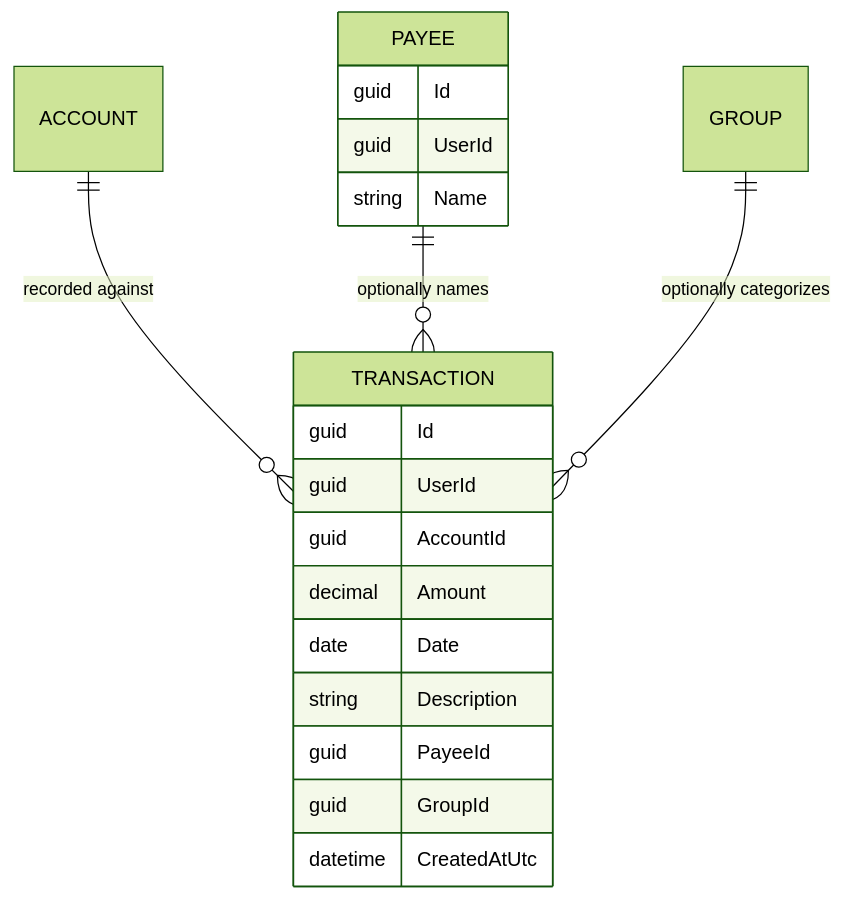
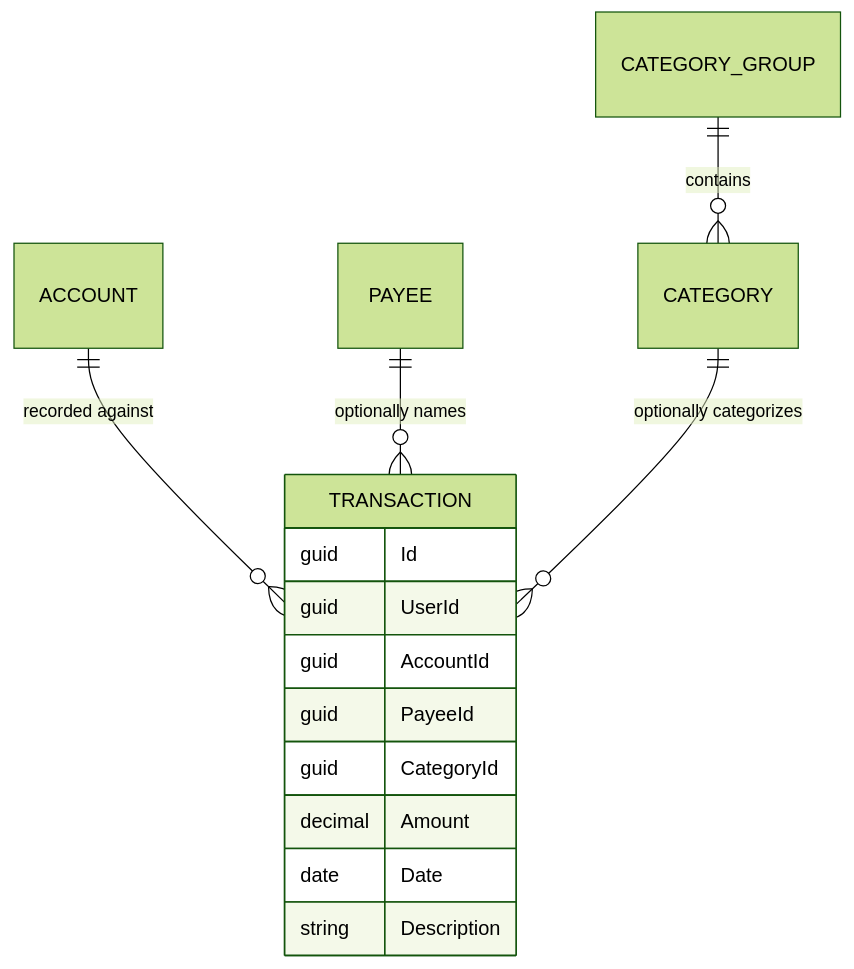
Before and after one commit to anton-kochev/budgetoid: the diagram in docs/business-logic/transactions.md, drawn with Mermaid (forest theme). The commit also changed other lines of this file and 139 other files, not shown here.

````diff
--- a/docs/business-logic/transactions.md
+++ b/docs/business-logic/transactions.md
@@ -31,22 +25,17 @@
 ```mermaid
 erDiagram
     ACCOUNT ||--o{ TRANSACTION : "recorded against"
     PAYEE ||--o{ TRANSACTION : "optionally names"
-    GROUP ||--o{ TRANSACTION : "optionally categorizes"
+    CATEGORY ||--o{ TRANSACTION : "optionally categorizes"
+    CATEGORY_GROUP ||--o{ CATEGORY : contains
     TRANSACTION {
         guid Id
         guid UserId
         guid AccountId
+        guid PayeeId
+        guid CategoryId
         decimal Amount
         date Date
         string Description
-        guid PayeeId
-        guid GroupId
-        datetime CreatedAtUtc
-    }
-    PAYEE {
-        guid Id
-        guid UserId
-        string Name
     }
 ```
````
